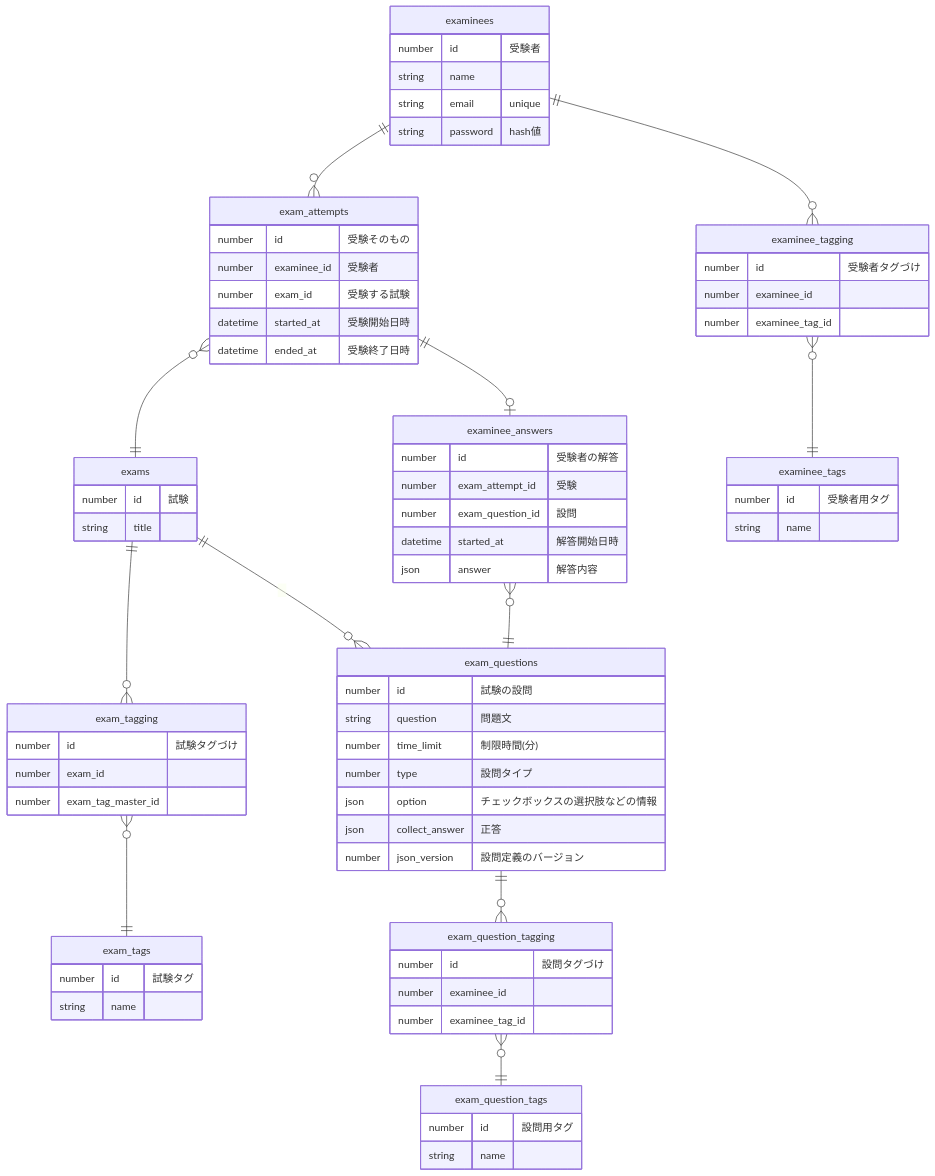
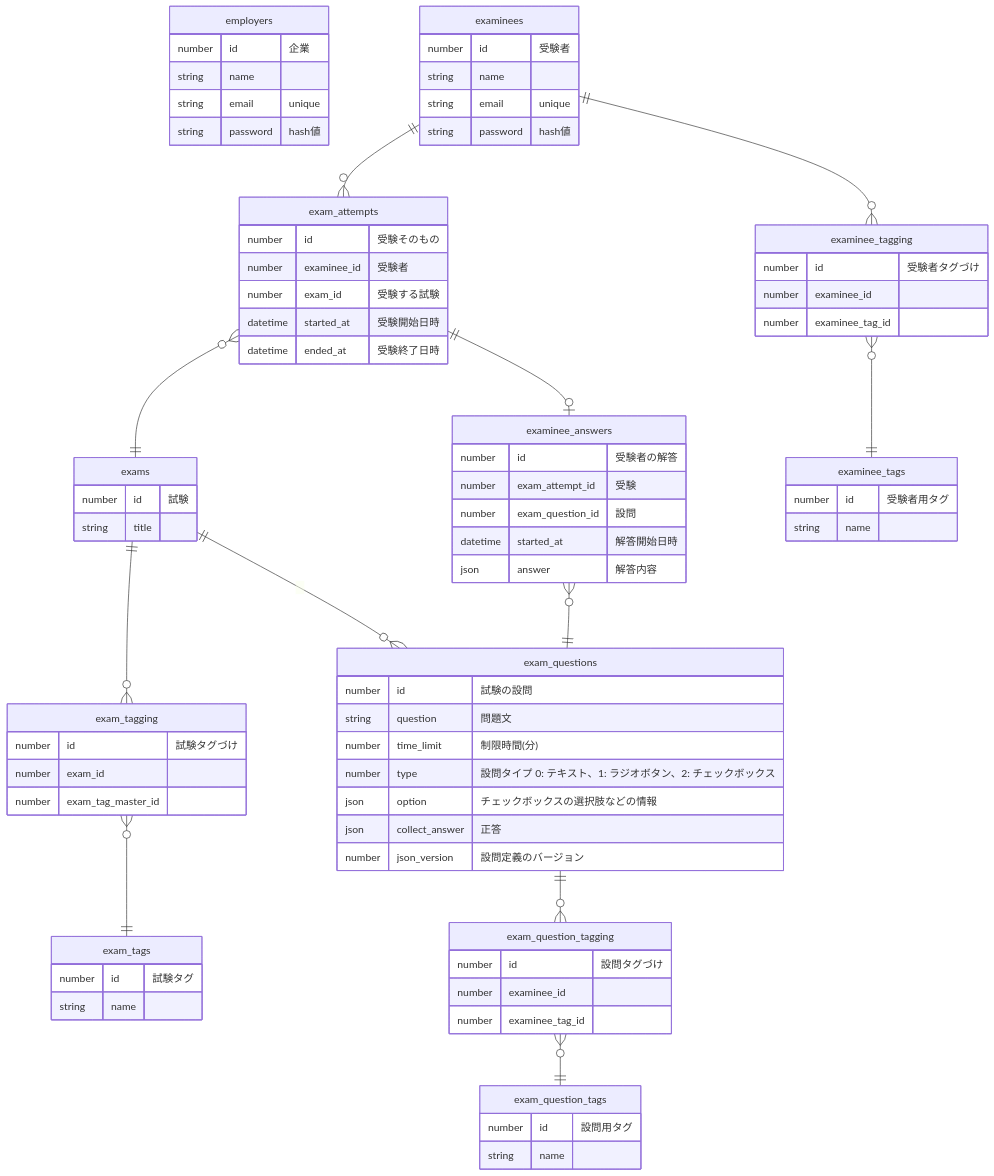
One commit to Nagisa-Ishikawa/AptitudeQuizMaster changed the diagram in doc/設計_ER図.md. Above: the diagram before and after it, drawn with Mermaid. The commit also changed other lines of this file and 4 other files, not shown here.

````diff
--- a/doc/設計_ER図.md
+++ b/doc/設計_ER図.md
@@ -13,5 +12,12 @@
 ```mermaid
 erDiagram
+
+employers {
+	number id "企業"
+	string name
+	string email "unique"
+	string password "hash値"
+}
 
 examinees {
 	number id "受験者"
@@ -42,7 +48,7 @@
 	number id "試験の設問"
 	string question "問題文"
 	number time_limit "制限時間(分)"
-	number type "設問タイプ"
+	number type "設問タイプ 0: テキスト、1: ラジオボタン、2: チェックボックス"
 	json option "チェックボックスの選択肢などの情報"
 	json collect_answer "正答"
 	number json_version "設問定義のバージョン"
````
